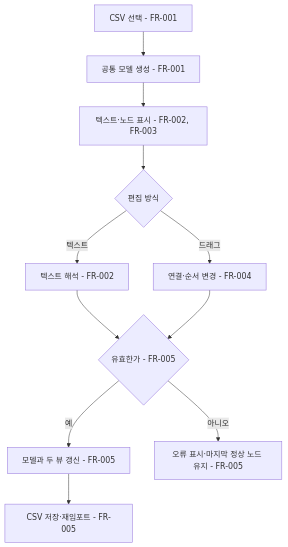
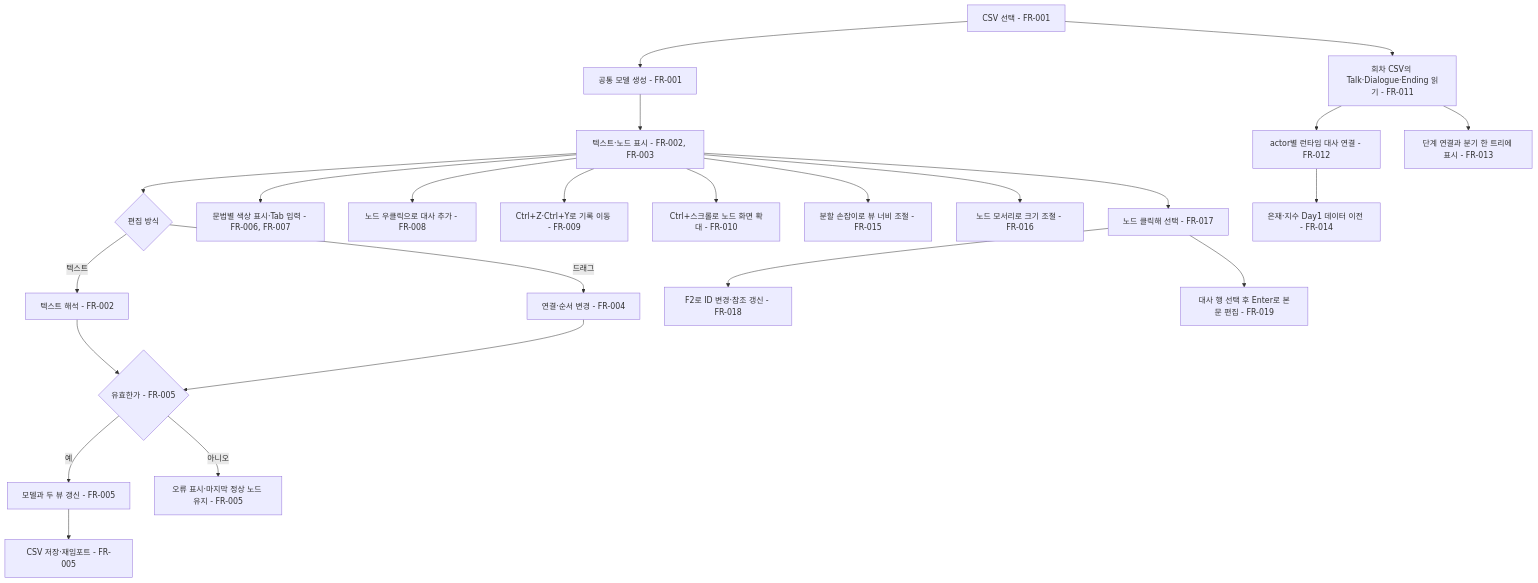
The diagram in docs/specs/007-dialogue-editor.md (xpaklove12-lang/Corner1), drawn with Mermaid before and after one commit. The commit also changed other lines of this file and 33 other files, not shown here.

Commit message:
feat(007): 인물·회차 통합 CSV로 은재·지수 Day1 이전, 런타임·씬 actor 참조와 Talk~Ending 트리 표시

````diff
--- a/docs/specs/007-dialogue-editor.md
+++ b/docs/specs/007-dialogue-editor.md
@@ -53,13 +74,26 @@
 ```mermaid
 flowchart TD
     A[CSV 선택 - FR-001] --> B[공통 모델 생성 - FR-001]
     B --> C[텍스트·노드 표시 - FR-002, FR-003]
     C --> D{편집 방식}
     D -- 텍스트 --> E[텍스트 해석 - FR-002]
     D -- 드래그 --> F[연결·순서 변경 - FR-004]
     E --> G{유효한가 - FR-005}
     F --> G
     G -- 예 --> H[모델과 두 뷰 갱신 - FR-005]
     H --> I[CSV 저장·재임포트 - FR-005]
     G -- 아니오 --> J[오류 표시·마지막 정상 노드 유지 - FR-005]
+    C --> K[문법별 색상 표시·Tab 입력 - FR-006, FR-007]
+    C --> L[노드 우클릭으로 대사 추가 - FR-008]
+    C --> M[Ctrl+Z·Ctrl+Y로 기록 이동 - FR-009]
+    C --> N[Ctrl+스크롤로 노드 화면 확대 - FR-010]
+    A --> O[회차 CSV의 Talk·Dialogue·Ending 읽기 - FR-011]
+    O --> P[actor별 런타임 대사 연결 - FR-012]
+    O --> Q[단계 연결과 분기 한 트리에 표시 - FR-013]
+    P --> R[은재·지수 Day1 데이터 이전 - FR-014]
+    C --> S[분할 손잡이로 뷰 너비 조절 - FR-015]
+    C --> T[노드 모서리로 크기 조절 - FR-016]
+    C --> U[노드 클릭해 선택 - FR-017]
+    U --> V[F2로 ID 변경·참조 갱신 - FR-018]
+    U --> W[대사 행 선택 후 Enter로 본문 편집 - FR-019]
 ```
````
